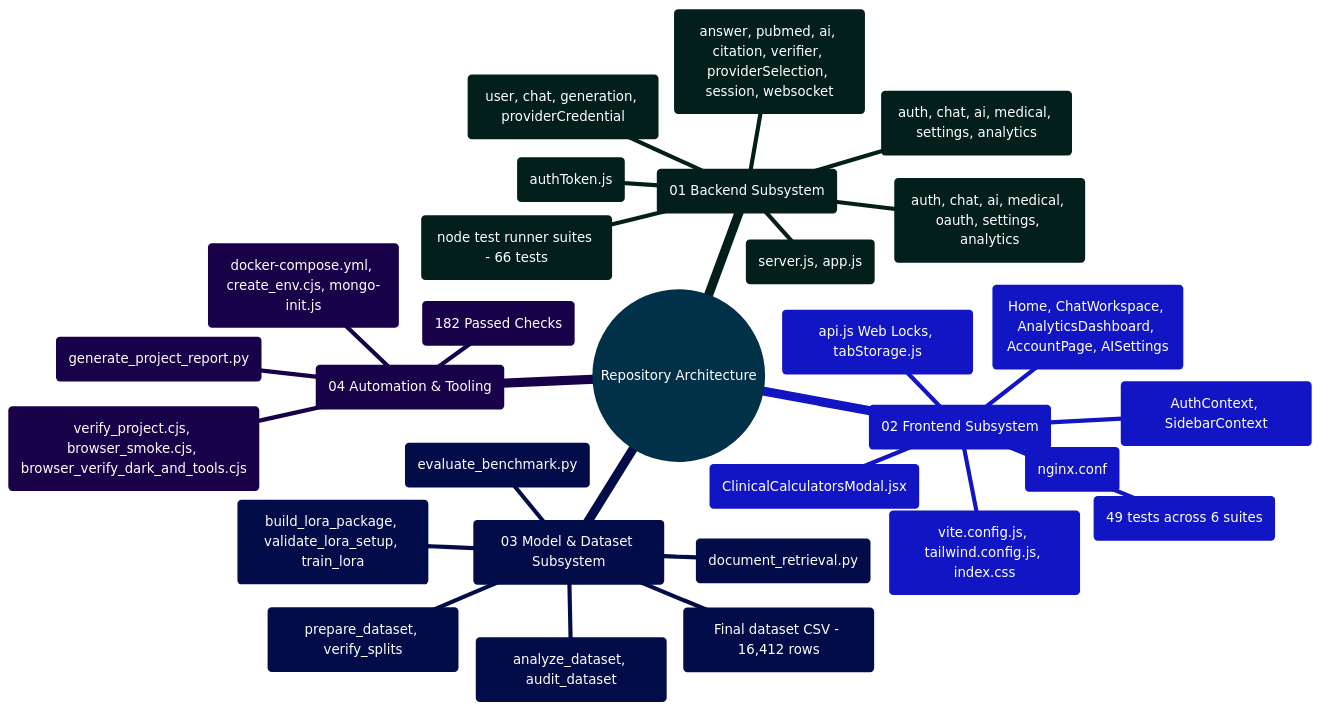
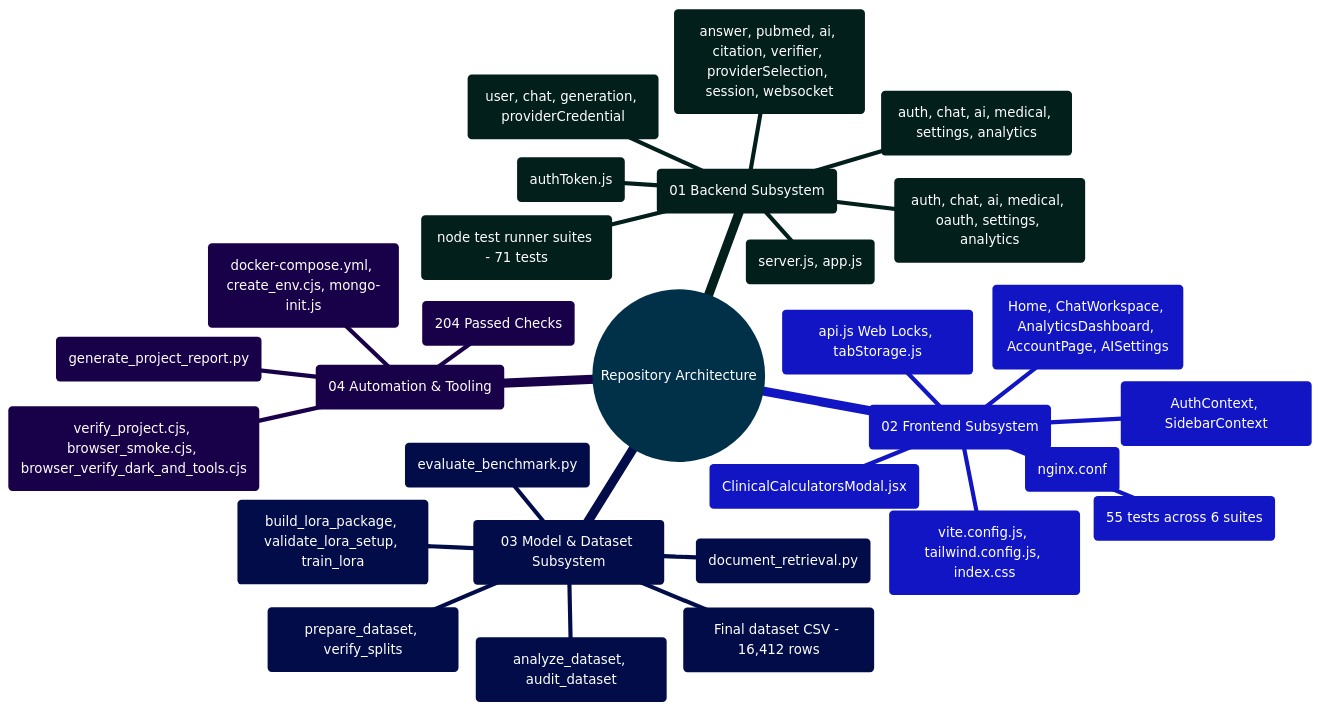
The diagram in docs/COMPLETE_FILE_DIRECTORY_REFERENCE.md (Ganesh172919/React-App-LLM), drawn with Mermaid before and after one commit. The commit also changed other lines of this file and 19 other files, not shown here.

Commit message:
docs: synchronize complete production documentation across 20 files with 19 DDI rules, 18 clinical tools, and 206 automated checks

````diff
--- a/docs/COMPLETE_FILE_DIRECTORY_REFERENCE.md
+++ b/docs/COMPLETE_FILE_DIRECTORY_REFERENCE.md
@@ -250,34 +250,34 @@
 ```mermaid
 %%{init: {'theme': 'base', 'themeVariables': { 'primaryColor': '#0284c7', 'primaryTextColor': '#ffffff', 'primaryBorderColor': '#0369a1', 'lineColor': '#0284c7', 'secondaryColor': '#0d9488', 'tertiaryColor': '#6366f1' }}}%%
 mindmap
   root((Repository Architecture))
     ::icon(fa fa-folder-open)
     (01 Backend Subsystem)
       Server & App Factory (server.js, app.js)
       Controllers (auth, chat, ai, medical, oauth, settings, analytics)
       Middleware (authToken.js)
       Mongoose Models (user, chat, generation, providerCredential)
       Routes (auth, chat, ai, medical, settings, analytics)
       Services (answer, pubmed, ai, citation, verifier, providerSelection, session, websocket)
-      Automated Tests (node test runner suites - 66 tests)
+      Automated Tests (node test runner suites - 71 tests)
     (02 Frontend Subsystem)
       Core Views (Home, ChatWorkspace, AnalyticsDashboard, AccountPage, AISettings)
       Context Providers (AuthContext, SidebarContext)
       Client Utilities (api.js Web Locks, tabStorage.js)
-      13 Clinical Calculators (ClinicalCalculatorsModal.jsx)
+      18 Clinical Calculators (ClinicalCalculatorsModal.jsx)
       Vite & Tailwind (vite.config.js, tailwind.config.js, index.css)
       Nginx Configuration (nginx.conf)
-      Vitest Test Suites (49 tests across 6 suites)
+      Vitest Test Suites (55 tests across 6 suites)
     (03 Model & Dataset Subsystem)
       Source Data (Final dataset CSV - 16,412 rows)
       Dataset Profilers (analyze_dataset, audit_dataset)
       Dataset Preparation (prepare_dataset, verify_splits)
       Offline Semantic Search (document_retrieval.py)
       Benchmark Analysis (evaluate_benchmark.py)
       LoRA Package (build_lora_package, validate_lora_setup, train_lora)
     (04 Automation & Tooling)
       Docker Compose & Deployment (docker-compose.yml, create_env.cjs, mongo-init.js)
       Test Automation (verify_project.cjs, browser_smoke.cjs, browser_verify_dark_and_tools.cjs)
       PDF Report Generator (generate_project_report.py)
-      Master Quality Verification (182 Passed Checks)
+      Master Quality Verification (204 Passed Checks)
 ```
````
